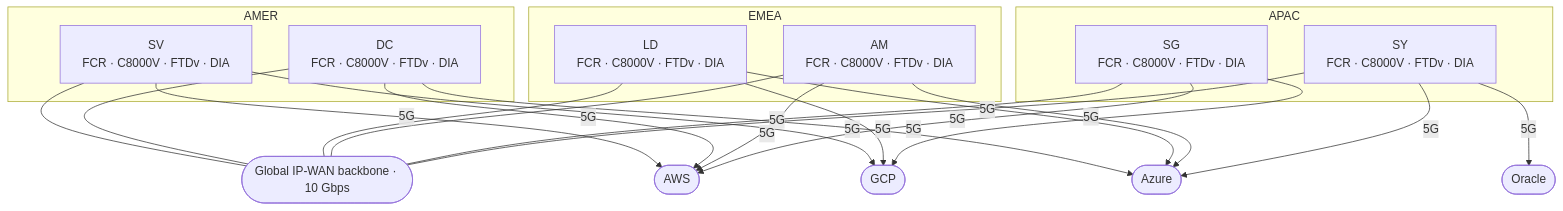
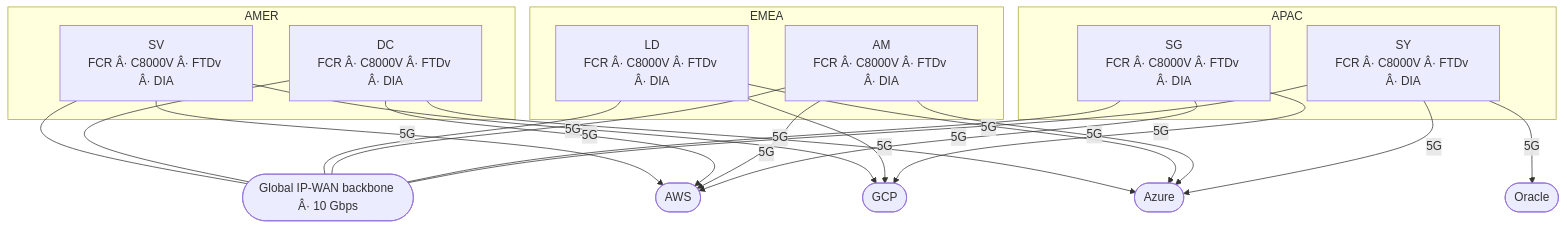
The second of 3 diagrams in README.md (iantjones/equinix-java-sdk), drawn with Mermaid before and after one commit. The commit also changed other lines of this file and 1 other file, not shown here.

````diff
--- a/README.md
+++ b/README.md
@@ -1538,38 +1538,38 @@
 ```mermaid
 flowchart TB
-    ipwan(["Global IP-WAN backbone · 10 Gbps"])
+    ipwan(["Global IP-WAN backbone Â· 10 Gbps"])
     AWS(["AWS"])
     AZ(["Azure"])
     GCP(["GCP"])
     OCI(["Oracle"])
     subgraph AMER
-        SV["SV<br/>FCR · C8000V · FTDv · DIA"]
-        DC["DC<br/>FCR · C8000V · FTDv · DIA"]
+        SV["SV<br/>FCR Â· C8000V Â· FTDv Â· DIA"]
+        DC["DC<br/>FCR Â· C8000V Â· FTDv Â· DIA"]
     end
     subgraph EMEA
-        LD["LD<br/>FCR · C8000V · FTDv · DIA"]
-        AM["AM<br/>FCR · C8000V · FTDv · DIA"]
+        LD["LD<br/>FCR Â· C8000V Â· FTDv Â· DIA"]
+        AM["AM<br/>FCR Â· C8000V Â· FTDv Â· DIA"]
     end
     subgraph APAC
-        SG["SG<br/>FCR · C8000V · FTDv · DIA"]
-        SY["SY<br/>FCR · C8000V · FTDv · DIA"]
+        SG["SG<br/>FCR Â· C8000V Â· FTDv Â· DIA"]
+        SY["SY<br/>FCR Â· C8000V Â· FTDv Â· DIA"]
     end
     SV --- ipwan
     DC --- ipwan
     LD --- ipwan
     AM --- ipwan
     SG --- ipwan
     SY --- ipwan
     SV -->|5G| AWS
     SV -->|5G| GCP
     DC -->|5G| AWS
     DC -->|5G| AZ
     LD -->|5G| AZ
     LD -->|5G| GCP
     AM -->|5G| AWS
     AM -->|5G| AZ
     SG -->|5G| AWS
     SG -->|5G| GCP
     SY -->|5G| AZ
     SY -->|5G| OCI
 ```
````
